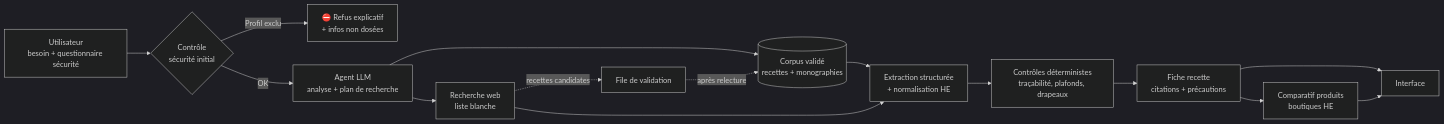
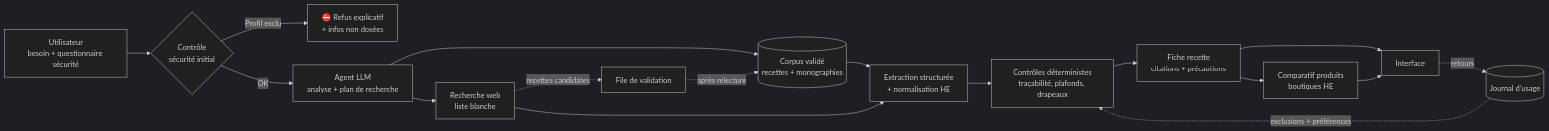
Before and after one commit to MrLouix/Agent_HE: the first of 2 diagrams in docs/specification.md, drawn with Mermaid (dark theme). The commit also changed other lines of this file and 2 other files, not shown here.

First line of the commit message:
docs: journal d'usage dans la spec et le plan, évolutions dans plan-futur

````diff
--- a/docs/specification.md
+++ b/docs/specification.md
@@ -28,17 +28,19 @@
 ```mermaid
 flowchart LR
     A[Utilisateur<br/>besoin + questionnaire sécurité] --> S{Contrôle<br/>sécurité initial}
     S -- Profil exclu --> R[⛔ Refus explicatif<br/>+ infos non dosées]
     S -- OK --> C[Agent LLM<br/>analyse + plan de recherche]
     C --> K[(Corpus validé<br/>recettes + monographies)]
     C --> W[Recherche web<br/>liste blanche]
     K --> E[Extraction structurée<br/>+ normalisation HE]
     W --> E
     E --> V[Contrôles déterministes<br/>traçabilité, plafonds, drapeaux]
     V --> F[Fiche recette<br/>citations + précautions]
     F --> P[Comparatif produits<br/>boutiques HE]
     F --> U[Interface]
     P --> U
+    U -. retours .-> J[(Journal d'usage)]
+    J -. exclusions + préférences .-> V
     W -. recettes candidates .-> Q[File de validation]
     Q -. après relecture .-> K
 ```
````
